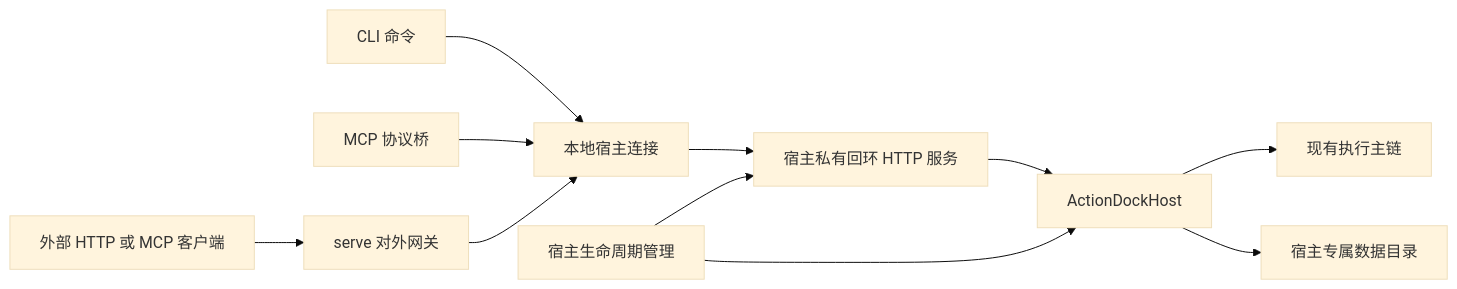
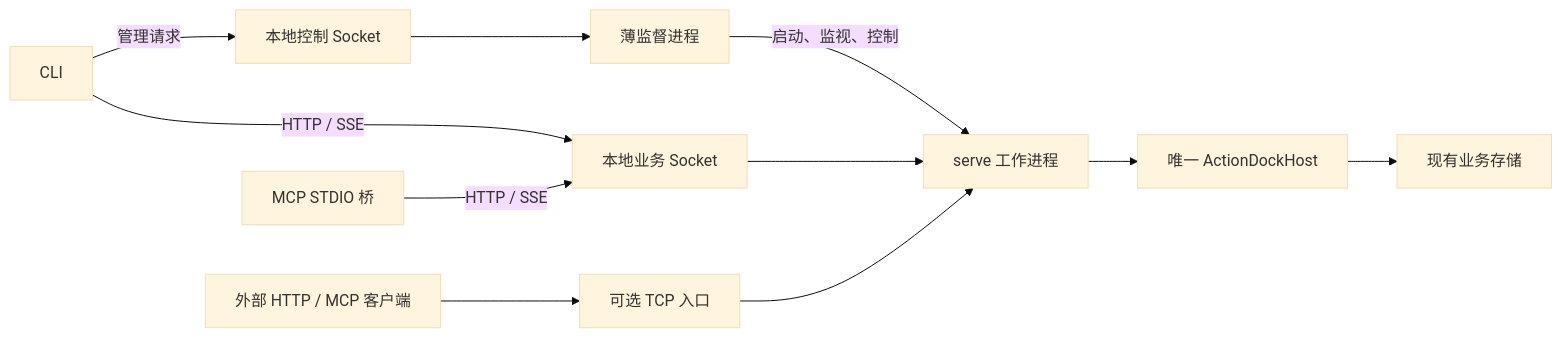
The diagram in docs/architecture/20261022 本地常驻宿主设计文档.md (team4u/actiondock), drawn with Mermaid (base theme) before and after one commit. The commit also changed other lines of this file and 10 other files, not shown here.

````diff
--- a/docs/architecture/20261022 本地常驻宿主设计文档.md
+++ b/docs/architecture/20261022 本地常驻宿主设计文档.md
@@ -25,13 +25,13 @@
 ```mermaid
 flowchart LR
-    CLI[CLI 命令] --> CLIENT[本地宿主连接]
-    MCP[MCP 协议桥] --> CLIENT
-    REMOTE[外部 HTTP 或 MCP 客户端] --> GATEWAY[serve 对外网关]
-    GATEWAY --> CLIENT
-    CLIENT --> HTTP[宿主私有回环 HTTP 服务]
-    HTTP --> HOST[ActionDockHost]
-    HOST --> RUNTIME[现有执行主链]
-    HOST --> STORAGE[宿主专属数据目录]
-    CONTROL[宿主生命周期管理] --> HTTP
-    CONTROL --> HOST
+    CLI[CLI] -->|管理请求| CONTROL[本地控制 Socket]
+    CONTROL --> SUP[薄监督进程]
+    SUP -->|启动、监视、控制| WORKER[serve 工作进程]
+    CLI -->|HTTP / SSE| LOCAL[本地业务 Socket]
+    MCP[MCP STDIO 桥] -->|HTTP / SSE| LOCAL
+    LOCAL --> WORKER
+    REMOTE[外部 HTTP / MCP 客户端] --> TCP[可选 TCP 入口]
+    TCP --> WORKER
+    WORKER --> HOST[唯一 ActionDockHost]
+    HOST --> DATA[现有业务存储]
 ```
````
